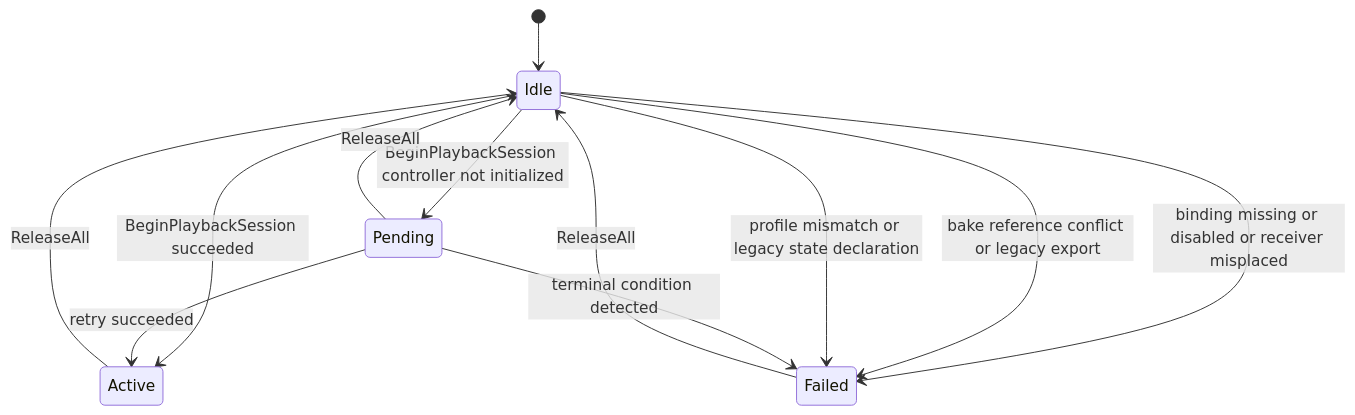
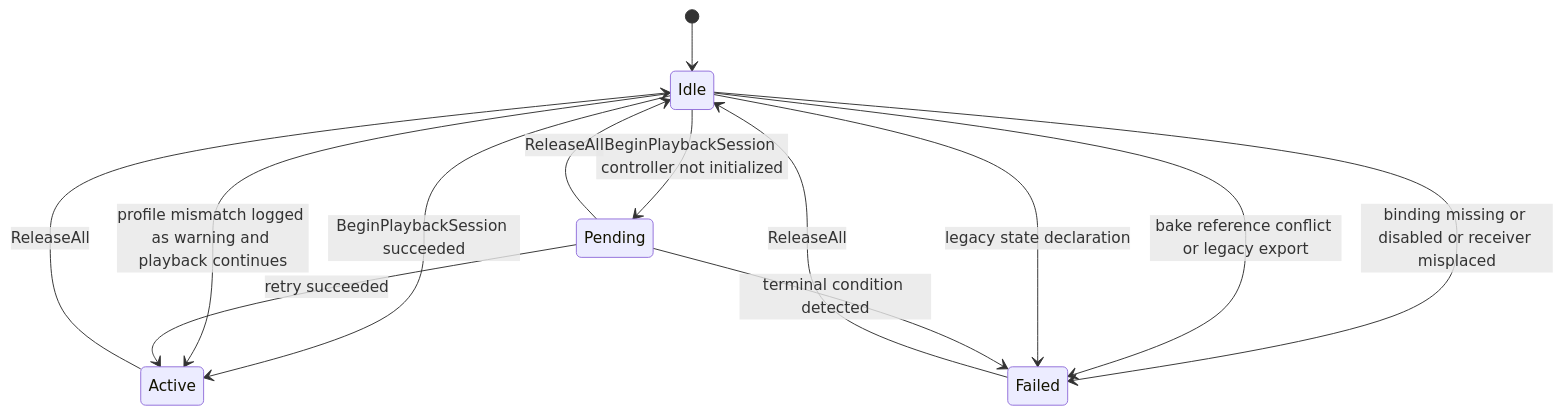
Before and after one commit to Hidano-Dev/FacialControl: the fourth of 5 diagrams in .kiro/specs/timeline-playback-ux/design.md, drawn with Mermaid. The commit also changed other lines of this file and 2 other files, not shown here.

First line of the commit message:
timeline-playback-ux の design を validate-design 2 回目の指摘で改訂 (HID-144)

````diff
--- a/.kiro/specs/timeline-playback-ux/design.md
+++ b/.kiro/specs/timeline-playback-ux/design.md
@@ -378,14 +411,15 @@
 ```mermaid
 stateDiagram-v2
     [*] --> Idle
     Idle --> Pending: BeginPlaybackSession controller not initialized
     Idle --> Active: BeginPlaybackSession succeeded
     Idle --> Failed: binding missing or disabled or receiver misplaced
     Idle --> Failed: bake reference conflict or legacy export
-    Idle --> Failed: profile mismatch or legacy state declaration
+    Idle --> Failed: legacy state declaration
+    Idle --> Active: profile mismatch logged as warning and playback continues
     Pending --> Active: retry succeeded
     Pending --> Failed: terminal condition detected
     Active --> Idle: ReleaseAll
     Pending --> Idle: ReleaseAll
     Failed --> Idle: ReleaseAll
 ```
````
